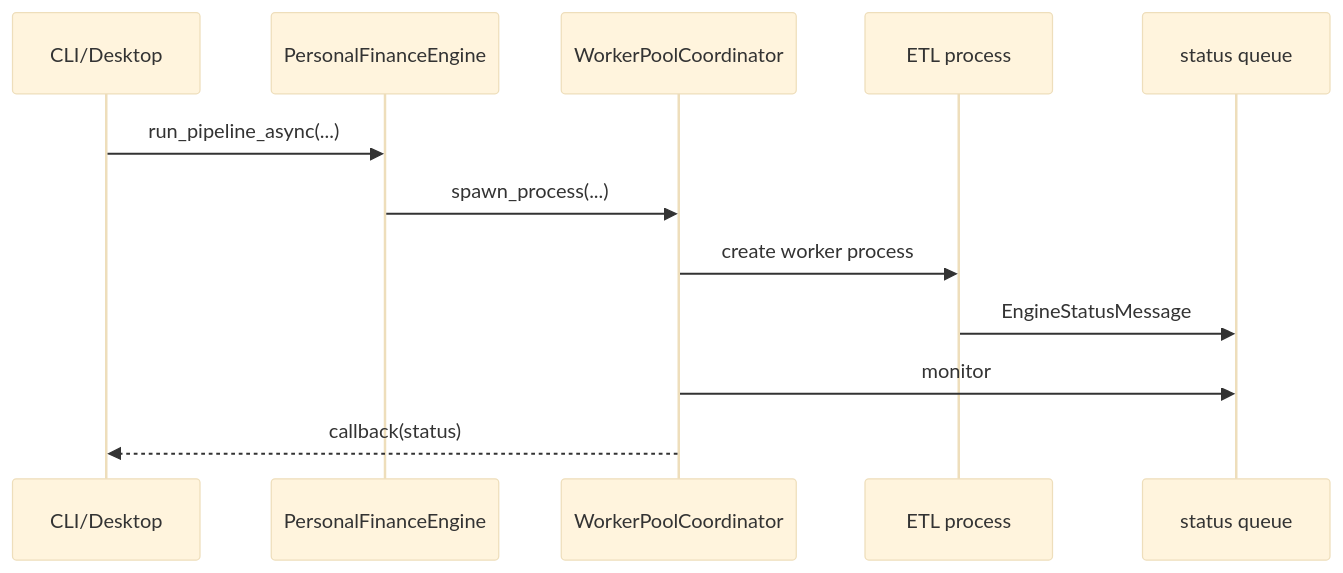
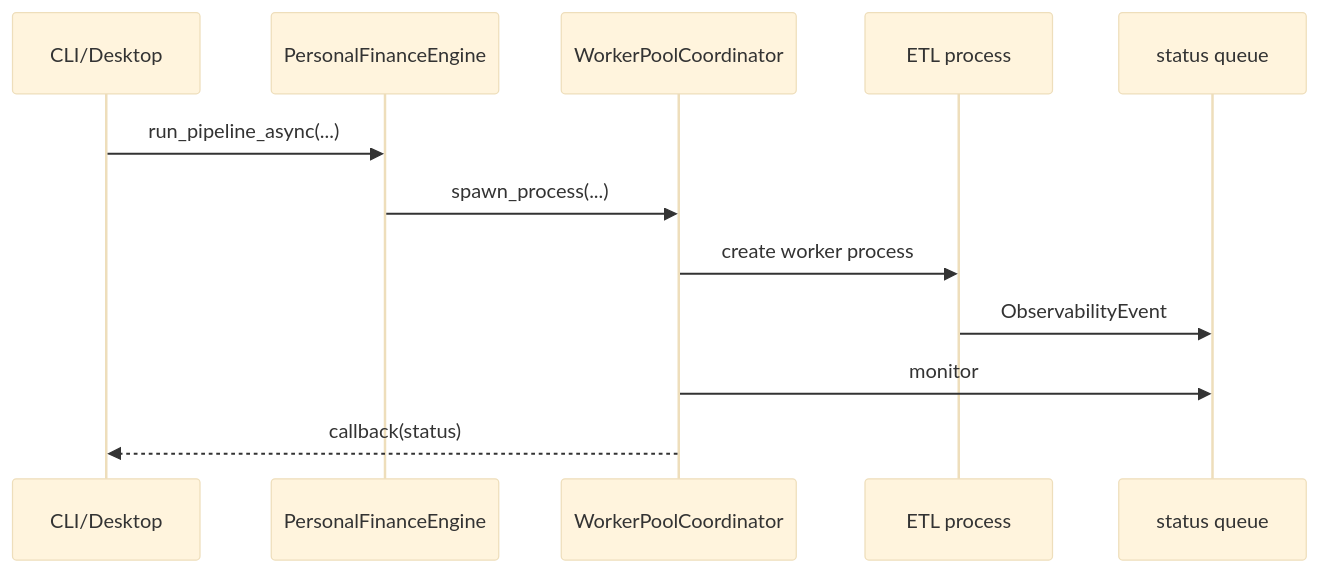
Before and after one commit to tks18/personal-finance-etl: the third of 3 diagrams in docs/getting-started/cli-and-desktop.md, drawn with Mermaid (base theme). The commit also changed other lines of this file, not shown here.

Commit message:
docs(cli): update async facade signature to ObservabilityEvent

````diff
--- a/docs/getting-started/cli-and-desktop.md
+++ b/docs/getting-started/cli-and-desktop.md
@@ -149,15 +149,15 @@
 ```mermaid
 sequenceDiagram
     participant UI as CLI/Desktop
     participant E as PersonalFinanceEngine
     participant W as WorkerPoolCoordinator
     participant P as ETL process
     participant Q as status queue
 
     UI->>E: run_pipeline_async(...)
     E->>W: spawn_process(...)
     W->>P: create worker process
-    P->>Q: EngineStatusMessage
+    P->>Q: ObservabilityEvent
     W->>Q: monitor
     W-->>UI: callback(status)
 ```
````
